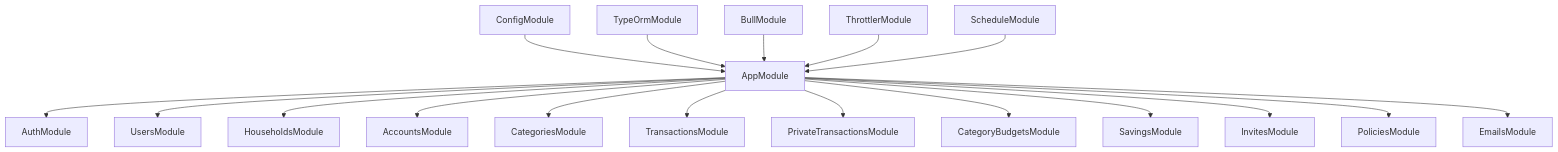
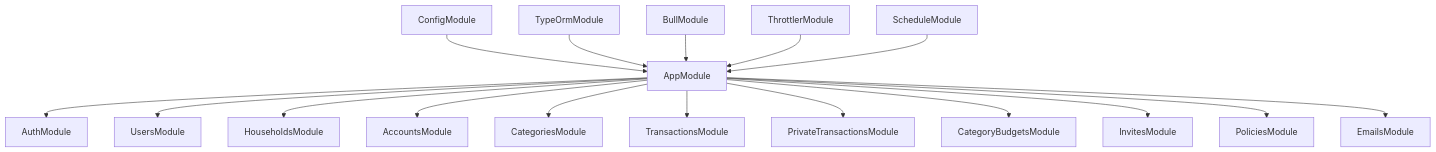
Before and after one commit to ostojics/nest-wise: the first of 2 diagrams in docs/architecture.md, drawn with Mermaid. The commit also changed other lines of this file and 31 other files, not shown here.

First line of the commit message:
Remove Savings module end-to-end (backend, contracts, web, docs) and drop savings table via migration (#186)

````diff
--- a/docs/architecture.md
+++ b/docs/architecture.md
@@ -66,21 +66,20 @@
 ```mermaid
 graph TD
     A[AppModule] --> B[AuthModule]
     A --> C[UsersModule]
     A --> D[HouseholdsModule]
     A --> E[AccountsModule]
     A --> F[CategoriesModule]
     A --> G[TransactionsModule]
     A --> H[PrivateTransactionsModule]
     A --> I[CategoryBudgetsModule]
-    A --> J[SavingsModule]
-    A --> K[InvitesModule]
-    A --> L[PoliciesModule]
-    A --> M[EmailsModule]
+    A --> J[InvitesModule]
+    A --> K[PoliciesModule]
+    A --> L[EmailsModule]
 
     N[ConfigModule] --> A
     O[TypeOrmModule] --> A
     P[BullModule] --> A
     Q[ThrottlerModule] --> A
     R[ScheduleModule] --> A
 ```
````
